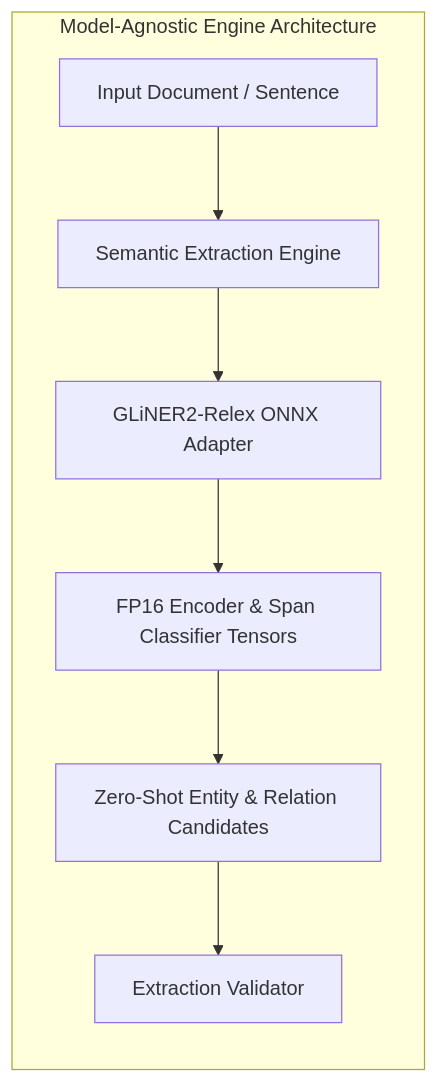
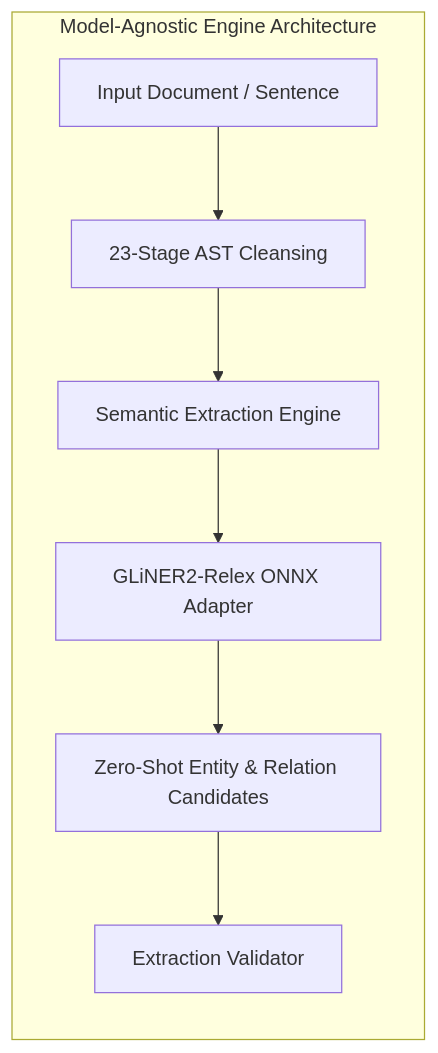
One commit to TheNotelyApp/Notely changed the third of 5 diagrams in docs/ai/knowledge-graph.md. Above: the diagram before and after it, drawn with Mermaid. The commit also changed other lines of this file and 4 other files, not shown here.

````diff
--- a/docs/ai/knowledge-graph.md
+++ b/docs/ai/knowledge-graph.md
@@ -102,10 +104,10 @@
 ```mermaid
 graph LR
     subgraph Model-Agnostic Engine Architecture
-        A[Input Document / Sentence] --> B[Semantic Extraction Engine]
-        B --> C[GLiNER2-Relex ONNX Adapter]
-        C --> D[FP16 Encoder & Span Classifier Tensors]
+        A[Input Document / Sentence] --> B[23-Stage AST Cleansing]
+        B --> C[Semantic Extraction Engine]
+        C --> D[GLiNER2-Relex ONNX Adapter]
         D --> E[Zero-Shot Entity & Relation Candidates]
         E --> F[Extraction Validator]
     end
 ```
````
